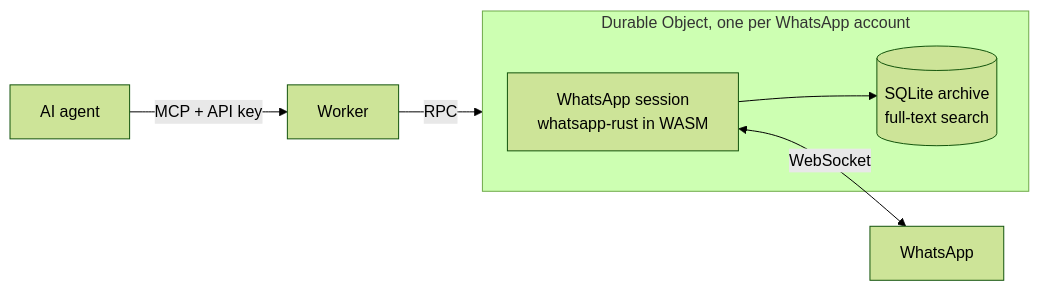
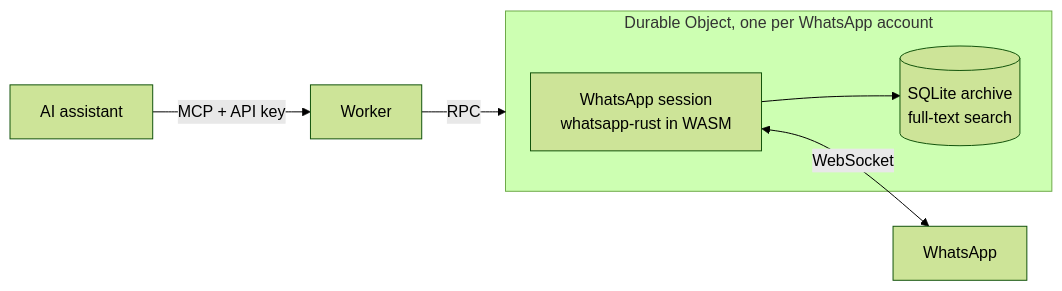
The diagram in README.md (felipeadeildo/whatsapp-mcp), drawn with Mermaid (forest theme) before and after one commit. The commit also changed other lines of this file, not shown here.

````diff
--- a/README.md
+++ b/README.md
@@ -27,11 +92,11 @@
 ```mermaid
 flowchart LR
-  agent["AI agent"] -- "MCP + API key" --> worker["Worker"]
+  agent["AI assistant"] -- "MCP + API key" --> worker["Worker"]
   worker -- "RPC" --> account
   subgraph account["Durable Object, one per WhatsApp account"]
     socket["WhatsApp session<br/>whatsapp-rust in WASM"]
     archive[("SQLite archive<br/>full-text search")]
     socket --> archive
   end
   socket <-- "WebSocket" --> whatsapp["WhatsApp"]
 ```
````
